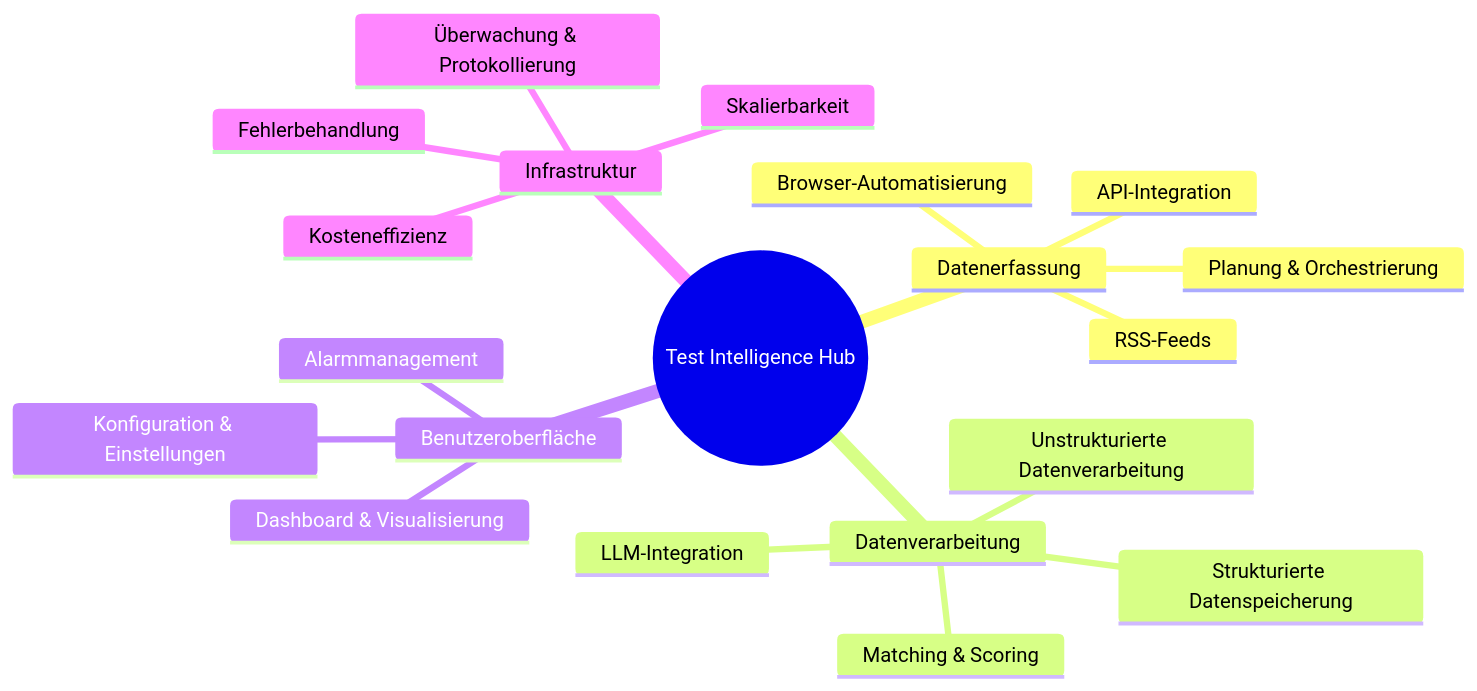
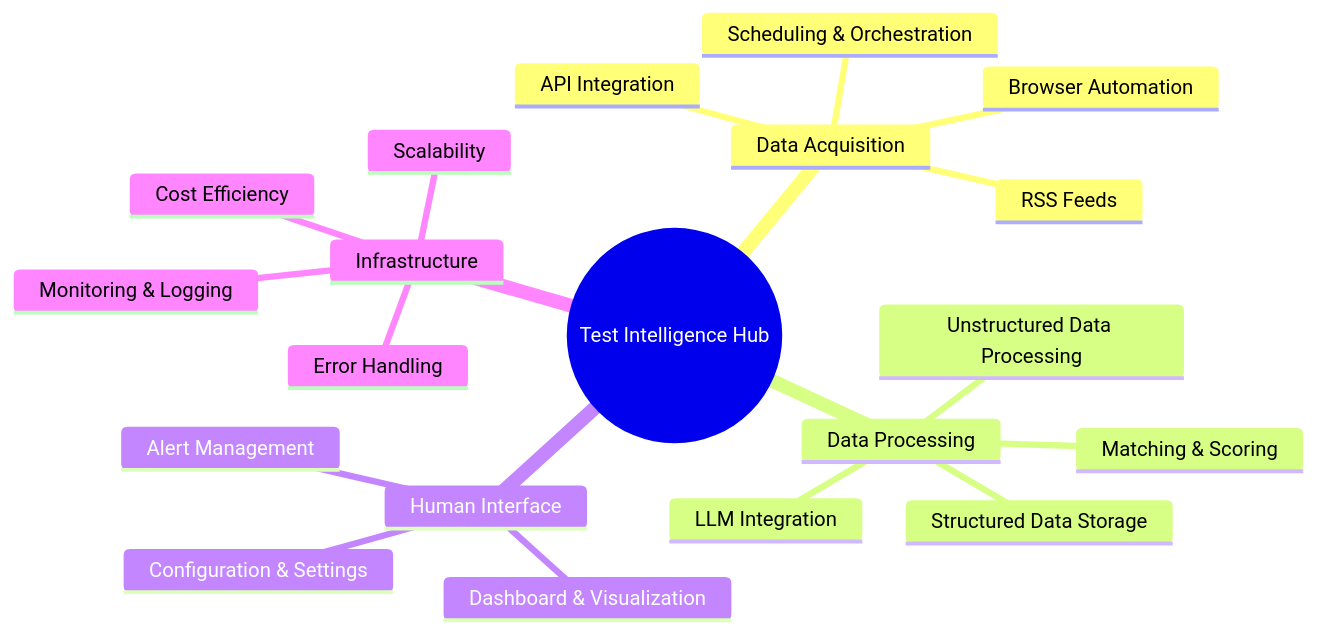
Before and after one commit to kafkiano/astrowind-i18n: the first of 2 diagrams in src/data/pages/de/markdown.md, drawn with Mermaid. The commit also changed other lines of this file and 18 other files, not shown here.

````diff
--- a/src/data/pages/de/markdown.md
+++ b/src/data/pages/de/markdown.md
@@ -427,23 +423,23 @@
 ```mermaid
 mindmap
   root((Test Intelligence Hub))
-    Datenerfassung
-      API-Integration
-      Browser-Automatisierung
-      RSS-Feeds
-      Planung &amp; Orchestrierung
-    Datenverarbeitung
-      Strukturierte Datenspeicherung
-      Unstrukturierte Datenverarbeitung
-      LLM-Integration
-      Matching &amp; Scoring
-    Benutzeroberfläche
-      Dashboard &amp; Visualisierung
-      Alarmmanagement
-      Konfiguration &amp; Einstellungen
-    Infrastruktur
-      Überwachung &amp; Protokollierung
-      Fehlerbehandlung
-      Skalierbarkeit
-      Kosteneffizienz
+    Data Acquisition
+      API Integration
+      Browser Automation
+      RSS Feeds
+      Scheduling & Orchestration
+    Data Processing
+      Structured Data Storage
+      Unstructured Data Processing
+      LLM Integration
+      Matching & Scoring
+    Human Interface
+      Dashboard & Visualization
+      Alert Management
+      Configuration & Settings
+    Infrastructure
+      Monitoring & Logging
+      Error Handling
+      Scalability
+      Cost Efficiency
 ```
````
